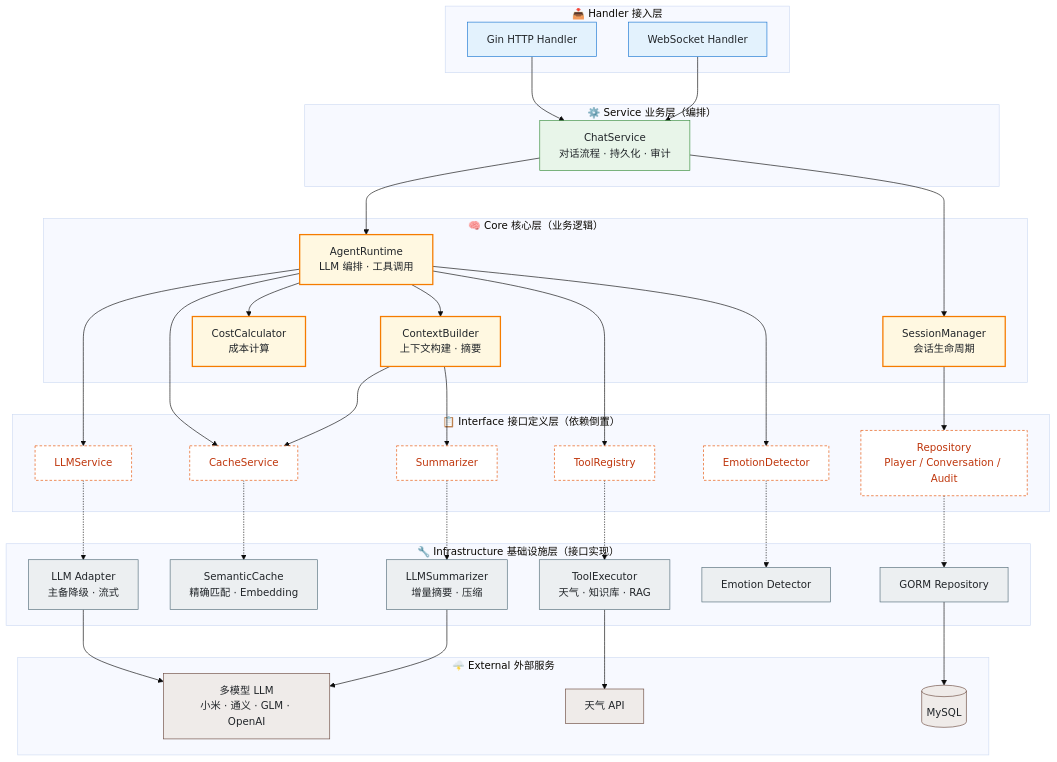
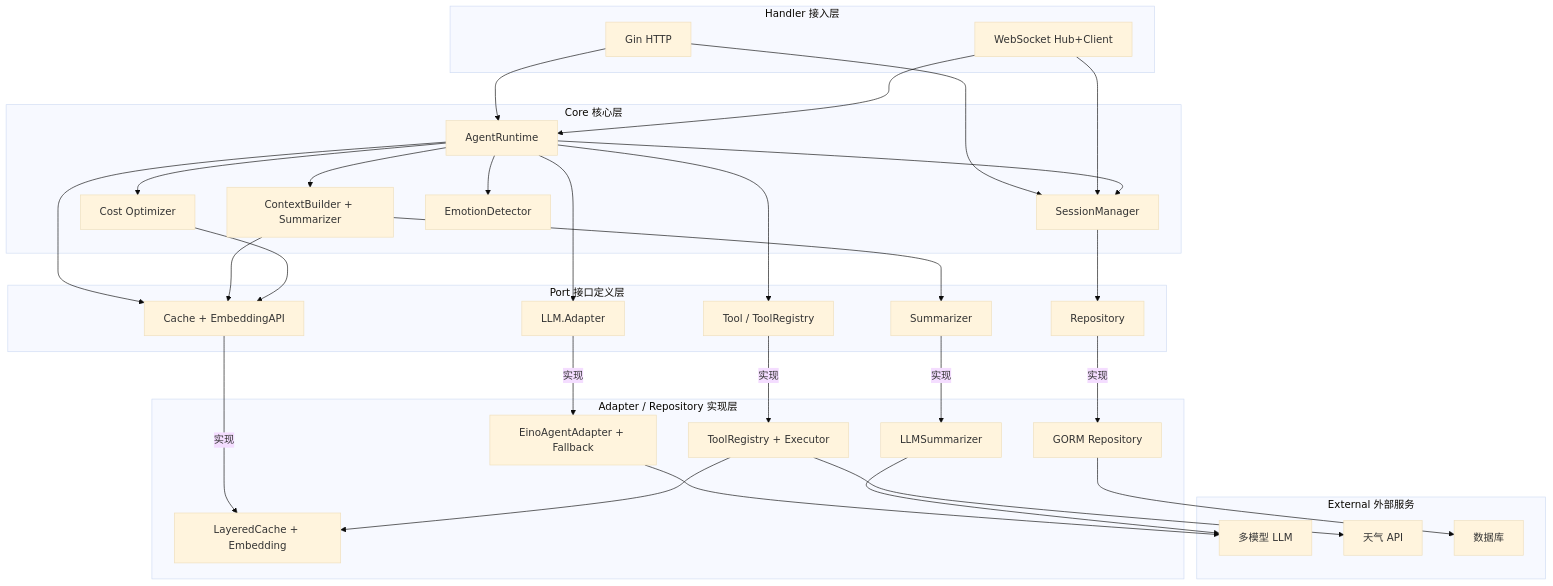
One commit to qjm134-source/taohuawu changed the first of 4 diagrams in backend/README.md. Above: the diagram before and after it, drawn with Mermaid (base theme). The commit also changed other lines of this file and 5 other files, not shown here.

````diff
--- a/backend/README.md
+++ b/backend/README.md
@@ -20,85 +22,73 @@
 ```mermaid
 graph TB
-    classDef handler fill:#e3f2fd,stroke:#1976d2,stroke-width:1px,color:#212529
-    classDef service fill:#e8f5e9,stroke:#388e3c,stroke-width:1px,color:#212529
-    classDef core fill:#fff8e1,stroke:#f57c00,stroke-width:2px,color:#212529
-    classDef iface fill:#fff,stroke:#e65100,stroke-width:1px,stroke-dasharray: 4 3,color:#bf360c
-    classDef infra fill:#eceff1,stroke:#546e7a,stroke-width:1px,color:#212529
-    classDef external fill:#efebe9,stroke:#6d4c41,stroke-width:1px,color:#212529
 
-    subgraph L1["📥 Handler 接入层"]
-        H1[Gin HTTP Handler]
-        H2[WebSocket Handler]
+    subgraph L1["Handler 接入层"]
+        H1["Gin HTTP"]
+        H2["WebSocket Hub+Client"]
     end
 
-    subgraph L2["⚙️ Service 业务层（编排）"]
-        S1[ChatService<br/>对话流程 · 持久化 · 审计]
+    subgraph L2["Core 核心层"]
+        C1["AgentRuntime"]
+        C2["ContextBuilder + Summarizer"]
+        C3["SessionManager"]
+        C4["Cost Optimizer"]
+        C5["EmotionDetector"]
     end
 
-    subgraph L3["🧠 Core 核心层（业务逻辑）"]
-        C1[AgentRuntime<br/>LLM 编排 · 工具调用]
-        C2[ContextBuilder<br/>上下文构建 · 摘要]
-        C3[SessionManager<br/>会话生命周期]
-        C4[CostCalculator<br/>成本计算]
+    subgraph L3["Port 接口定义层"]
+        I1["LLM.Adapter"]
+        I2["Cache + EmbeddingAPI"]
+        I3["Summarizer"]
+        I4["Tool / ToolRegistry"]
+        I6["Repository"]
     end
 
-    subgraph L4["📋 Interface 接口定义层（依赖倒置）"]
-        I1[LLMService]
-        I2[CacheService]
-        I3[Summarizer]
-        I4[ToolRegistry]
-        I5[EmotionDetector]
-        I6[Repository<br/>Player / Conversation / Audit]
+    subgraph L4["Adapter / Repository 实现层"]
+        F1["EinoAgentAdapter + Fallback"]
+        F2["LayeredCache + Embedding"]
+        F3["LLMSummarizer"]
+        F4["ToolRegistry + Executor"]
+        F6["GORM Repository"]
     end
 
-    subgraph L5["🔧 Infrastructure 基础设施层（接口实现）"]
-        F1[LLM Adapter<br/>主备降级 · 流式]
-        F2[SemanticCache<br/>精确匹配 · Embedding]
-        F3[LLMSummarizer<br/>增量摘要 · 压缩]
-        F4[ToolExecutor<br/>天气 · 知识库 · RAG]
-        F5[Emotion Detector]
-        F6[GORM Repository]
+    subgraph L5["External 外部服务"]
+        E1["多模型 LLM"]
+        E2["天气 API"]
+        E3["数据库"]
     end
 
-    subgraph L6["🌩️ External 外部服务"]
-        E1[多模型 LLM<br/>小米 · 通义 · GLM · OpenAI]
-        E2[天气 API]
-        E3[(MySQL)]
-    end
+    %% 入站：Handler -> Core（实线箭头 = 调用依赖）
+    H1 --> C1
+    H1 --> C3
+    H2 --> C1
+    H2 --> C3
 
-    %% 依赖方向：始终向内
-    H1 --> S1
-    H2 --> S1
-    S1 --> C1
-    S1 --> C3
+    %% Core 内部协作
     C1 --> C2
+    C1 --> C3
     C1 --> C4
+    C1 --> C5
+
+    %% Core -> Port 接口（实线 = 依赖接口）
     C1 --> I1
+    C1 --> I2
     C1 --> I4
-    C1 --> I5
-    C1 --> I2
+    C2 --> I2
     C2 --> I3
-    C2 --> I2
     C3 --> I6
+    C4 --> I2
 
-    %% 接口被基础设施实现（依赖倒置）
-    I1 -.-> F1
-    I2 -.-> F2
-    I3 -.-> F3
-    I4 -.-> F4
-    I5 -.-> F5
-    I6 -.-> F6
+    %% Port 接口 <- Adapter / Repository（带"实现"标签 = 依赖倒置）
+    I1 -- 实现 --> F1
+    I2 -- 实现 --> F2
+    I3 -- 实现 --> F3
+    I4 -- 实现 --> F4
+    I6 -- 实现 --> F6
 
-    %% 基础设施对接外部
+    %% Adapter -> 外部服务（所有出站 IO）
     F1 --> E1
     F3 --> E1
     F4 --> E2
+    F4 --> F2
     F6 --> E3
-
-    class H1,H2 handler
-    class S1 service
-    class C1,C2,C3,C4 core
-    class I1,I2,I3,I4,I5,I6 iface
-    class F1,F2,F3,F4,F5,F6 infra
-    class E1,E2,E3 external
 ```
````
